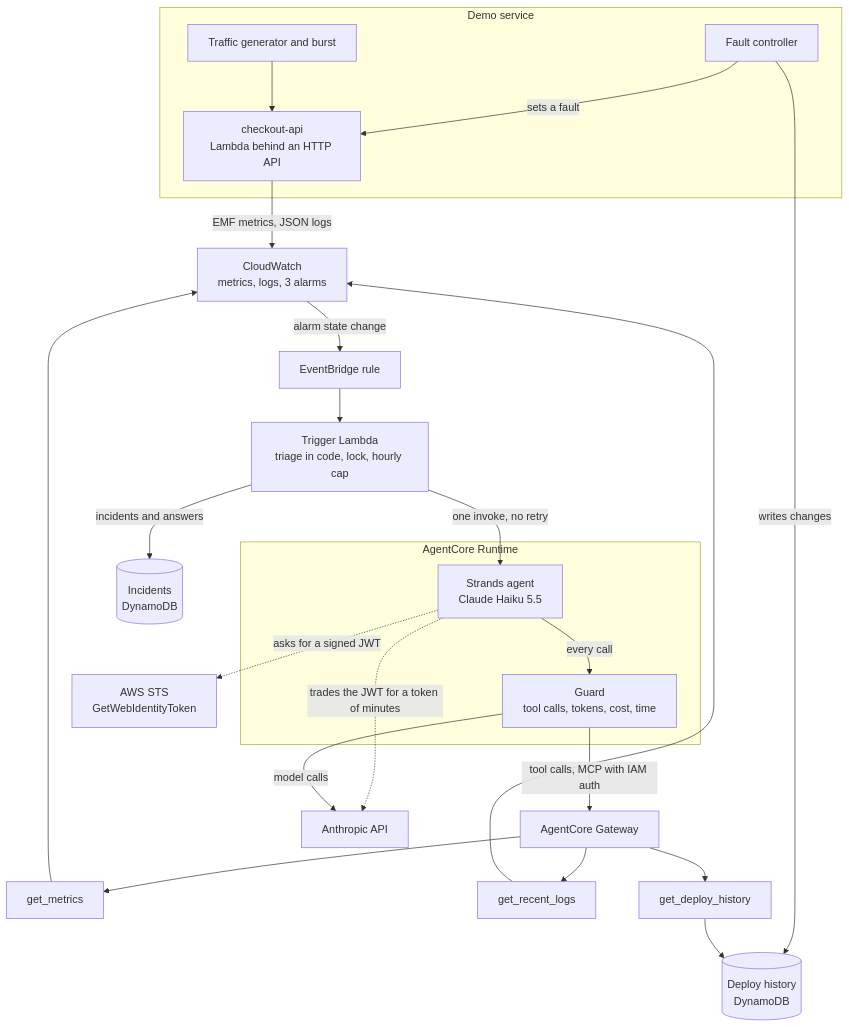
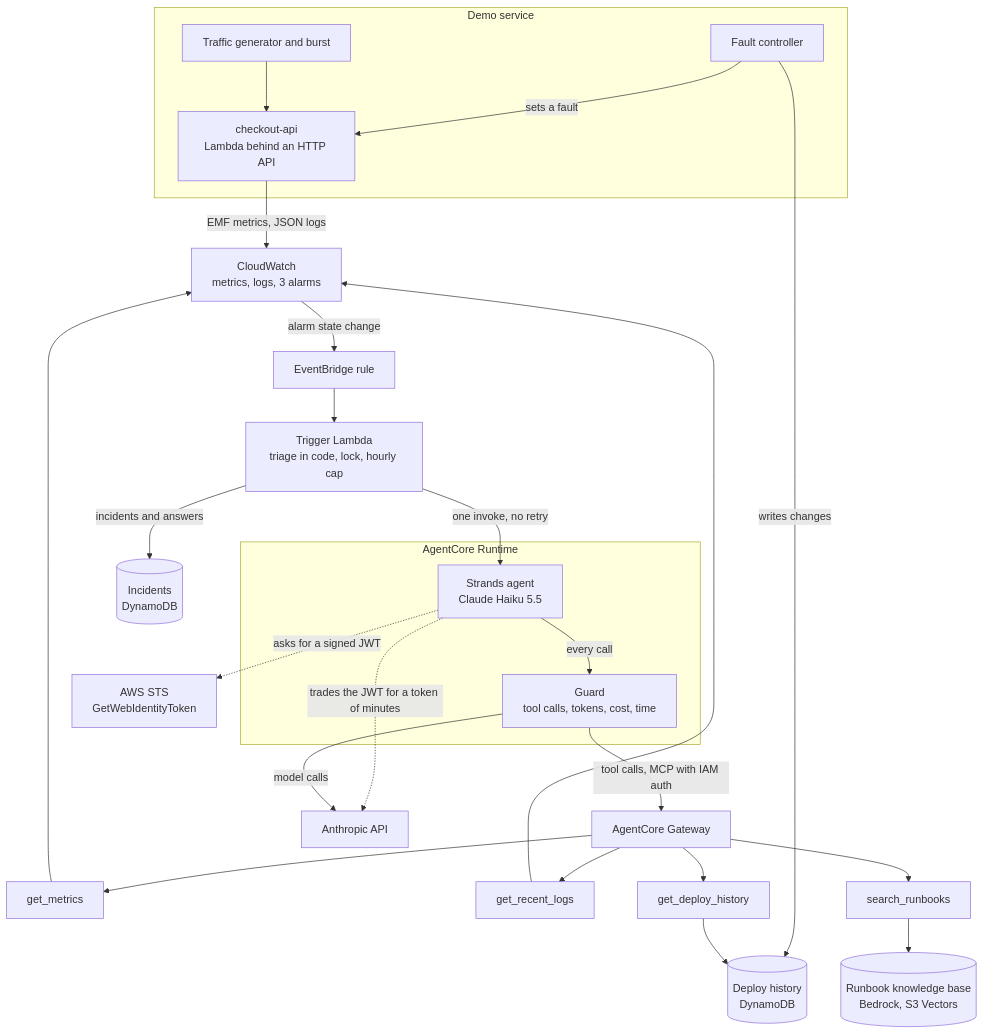
The diagram in README.md (BigMuscleSmoe/sentinelops), drawn with Mermaid before and after one commit. The commit also changed other lines of this file and 1 other file, not shown here.

````diff
--- a/README.md
+++ b/README.md
@@ -15,31 +16,33 @@
 ```mermaid
 flowchart TD
     subgraph svc["Demo service"]
         ctl["Fault controller"]
         traffic["Traffic generator and burst"]
         api["checkout-api<br/>Lambda behind an HTTP API"]
     end
     ctl -->|sets a fault| api
     ctl -->|writes changes| deploys[("Deploy history<br/>DynamoDB")]
     traffic --> api
     api -->|EMF metrics, JSON logs| cw["CloudWatch<br/>metrics, logs, 3 alarms"]
     cw -->|alarm state change| eb["EventBridge rule"]
     eb --> trigger["Trigger Lambda<br/>triage in code, lock, hourly cap"]
     trigger -->|incidents and answers| incidents[("Incidents<br/>DynamoDB")]
     trigger -->|one invoke, no retry| agent
     subgraph runtime["AgentCore Runtime"]
         agent["Strands agent<br/>Claude Haiku 5.5"]
         guard["Guard<br/>tool calls, tokens, cost, time"]
     end
     agent -->|every call| guard
     guard -->|tool calls, MCP with IAM auth| gw["AgentCore Gateway"]
     gw --> t1["get_metrics"]
     gw --> t2["get_recent_logs"]
     gw --> t3["get_deploy_history"]
+    gw --> t4["search_runbooks"]
     t1 --> cw
     t2 --> cw
     t3 --> deploys
+    t4 --> kb[("Runbook knowledge base<br/>Bedrock, S3 Vectors")]
     agent -.->|asks for a signed JWT| sts["AWS STS<br/>GetWebIdentityToken"]
     agent -.->|trades the JWT for a token of minutes| anthropic["Anthropic API"]
     guard -->|model calls| anthropic
 ```
````
